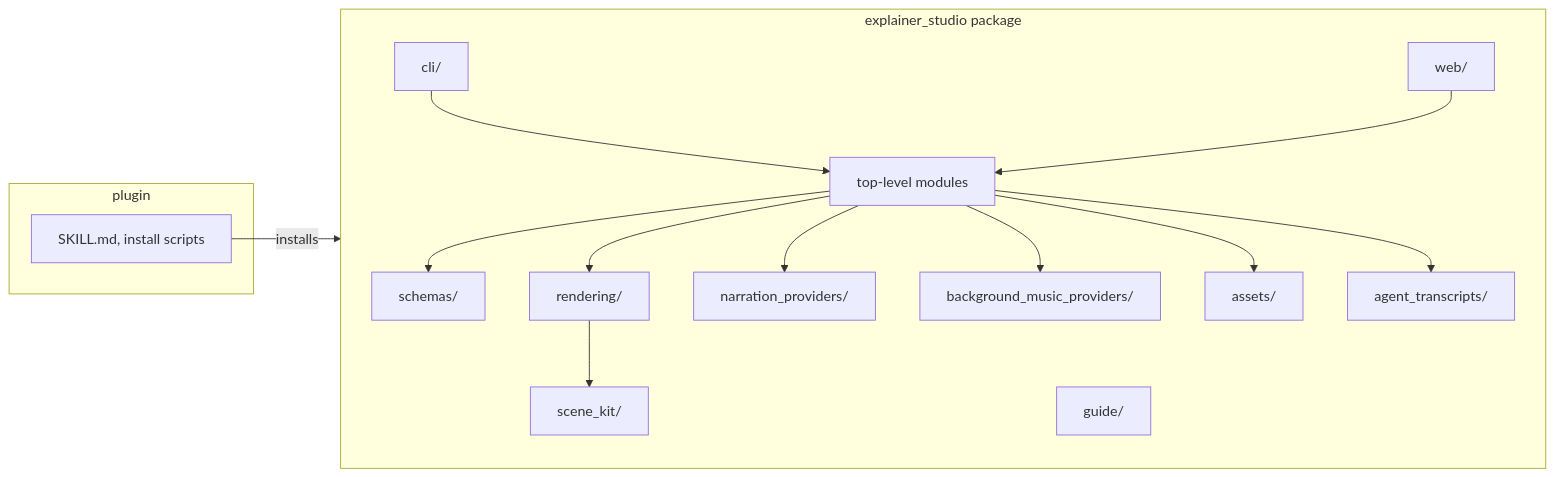
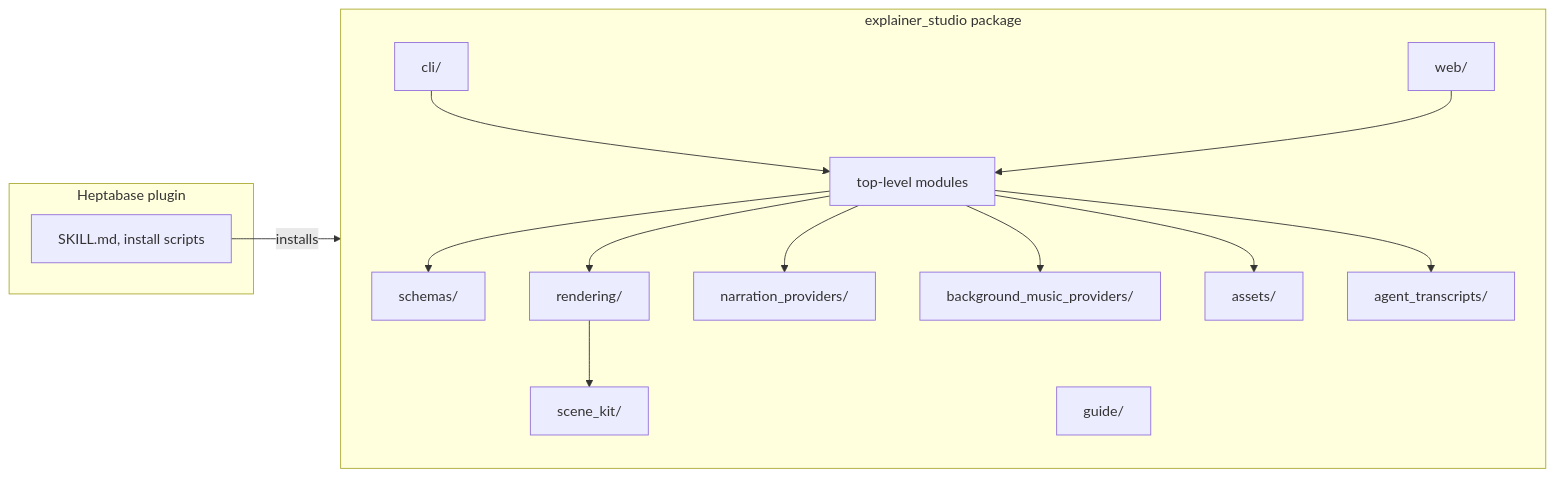
One commit to heptameta/heptabase-explainer-studio changed the third of 3 diagrams in docs/system-design.md. Above: the diagram before and after it, drawn with Mermaid. The commit also changed other lines of this file and 27 other files, not shown here.

First line of the commit message:
refactor: remove this repository's plugin and marketplaces, leaving the skill to the Heptabase plugin (#3)

````diff
--- a/docs/system-design.md
+++ b/docs/system-design.md
@@ -126,19 +126,19 @@
 ```mermaid
 flowchart LR
-  subgraph plugin [plugin]
+  subgraph plugin [Heptabase plugin]
     skill[SKILL.md, install scripts]
   end
   subgraph package [explainer_studio package]
     cli[cli/] --> logic[top-level modules]
     logic --> schemas[schemas/]
     logic --> rendering[rendering/]
     rendering --> scene_kit[scene_kit/]
     logic --> narration_providers[narration_providers/]
     logic --> background_music_providers[background_music_providers/]
     logic --> assets[assets/]
     logic --> agent_transcripts[agent_transcripts/]
     web[web/] --> logic
     guide_files[guide/]
   end
   skill -->|installs| package
 ```
````
